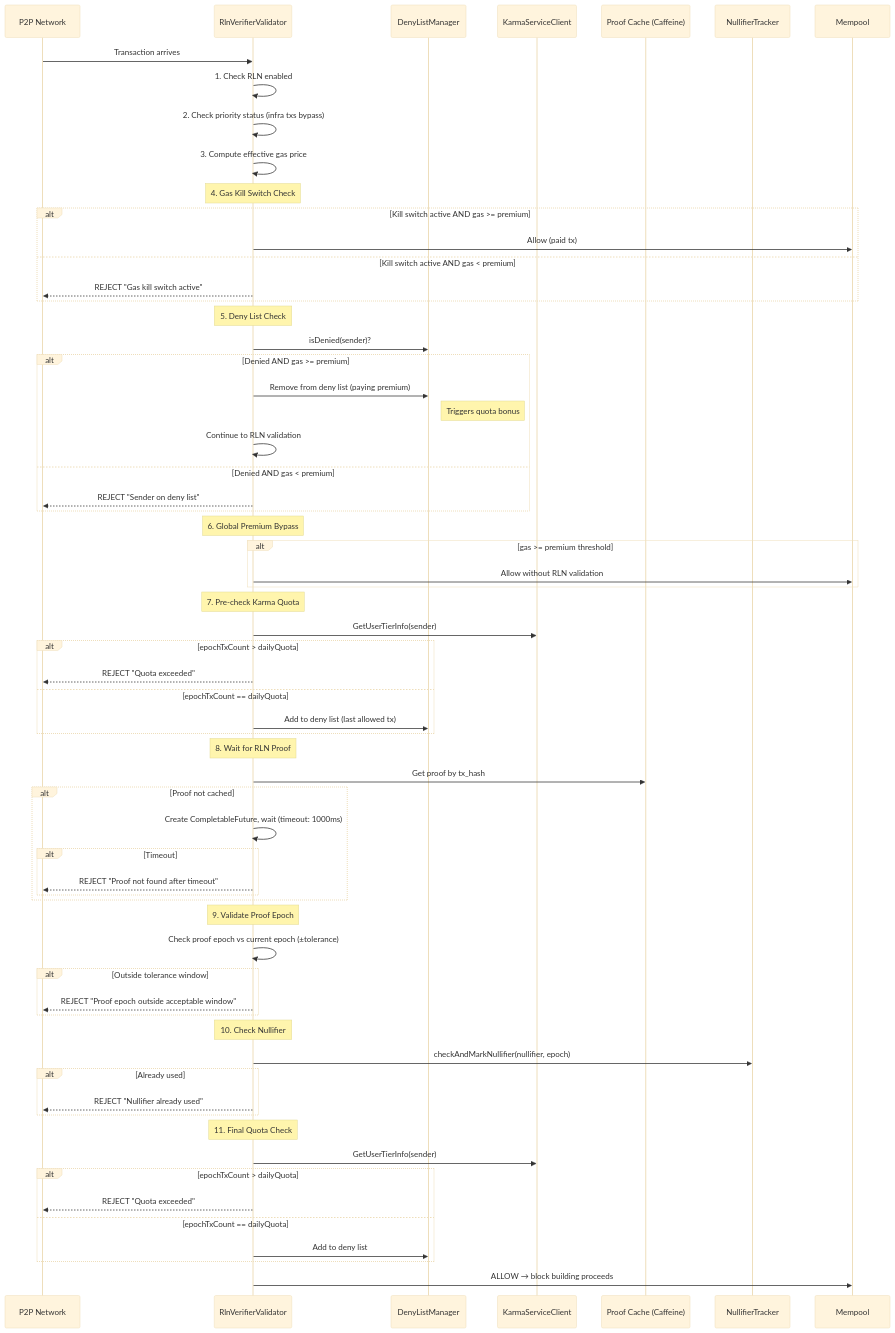
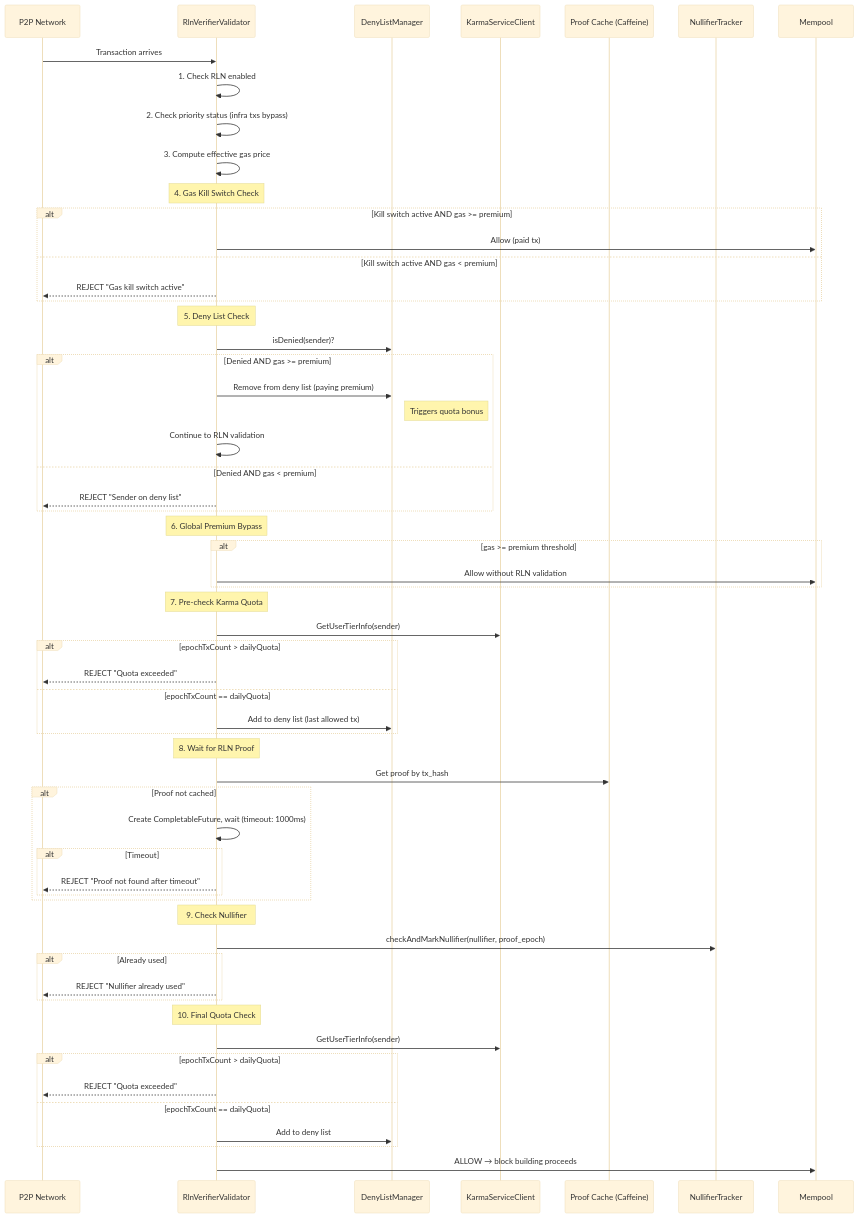
One commit to status-im/status-network-monorepo changed the sixth of 7 diagrams in docs/protocol-engineering.md. Above: the diagram before and after it, drawn with Mermaid (base theme). The commit also changed other lines of this file and 142 other files, not shown here.

````diff
--- a/docs/protocol-engineering.md
+++ b/docs/protocol-engineering.md
@@ -272,77 +274,71 @@
 ```mermaid
 sequenceDiagram
     participant P2P as P2P Network
     participant V as RlnVerifierValidator
     participant DL as DenyListManager
     participant KS as KarmaServiceClient
     participant C as Proof Cache (Caffeine)
     participant NT as NullifierTracker
     participant MP as Mempool
 
     P2P->>V: Transaction arrives
 
     V->>V: 1. Check RLN enabled
     V->>V: 2. Check priority status (infra txs bypass)
     V->>V: 3. Compute effective gas price
 
     Note over V: 4. Gas Kill Switch Check
     alt Kill switch active AND gas >= premium
         V->>MP: Allow (paid tx)
     else Kill switch active AND gas < premium
         V-->>P2P: REJECT "Gas kill switch active"
     end
 
     Note over V: 5. Deny List Check
     V->>DL: isDenied(sender)?
     alt Denied AND gas >= premium
         V->>DL: Remove from deny list (paying premium)
         Note right of DL: Triggers quota bonus
         V->>V: Continue to RLN validation
     else Denied AND gas < premium
         V-->>P2P: REJECT "Sender on deny list"
     end
 
     Note over V: 6. Global Premium Bypass
     alt gas >= premium threshold
         V->>MP: Allow without RLN validation
     end
 
     Note over V: 7. Pre-check Karma Quota
     V->>KS: GetUserTierInfo(sender)
     alt epochTxCount > dailyQuota
         V-->>P2P: REJECT "Quota exceeded"
     else epochTxCount == dailyQuota
         V->>DL: Add to deny list (last allowed tx)
     end
 
     Note over V: 8. Wait for RLN Proof
     V->>C: Get proof by tx_hash
     alt Proof not cached
         V->>V: Create CompletableFuture, wait (timeout: 1000ms)
         alt Timeout
             V-->>P2P: REJECT "Proof not found after timeout"
         end
     end
 
-    Note over V: 9. Validate Proof Epoch
-    V->>V: Check proof epoch vs current epoch (±tolerance)
-    alt Outside tolerance window
-        V-->>P2P: REJECT "Proof epoch outside acceptable window"
-    end
-
-    Note over V: 10. Check Nullifier
-    V->>NT: checkAndMarkNullifier(nullifier, epoch)
+    Note over V: 9. Check Nullifier
+    V->>NT: checkAndMarkNullifier(nullifier, proof_epoch)
     alt Already used
         V-->>P2P: REJECT "Nullifier already used"
     end
 
-    Note over V: 11. Final Quota Check
+    Note over V: 10. Final Quota Check
     V->>KS: GetUserTierInfo(sender)
     alt epochTxCount > dailyQuota
         V-->>P2P: REJECT "Quota exceeded"
     else epochTxCount == dailyQuota
         V->>DL: Add to deny list
     end
 
     V->>MP: ALLOW → block building proceeds
 ```
````
